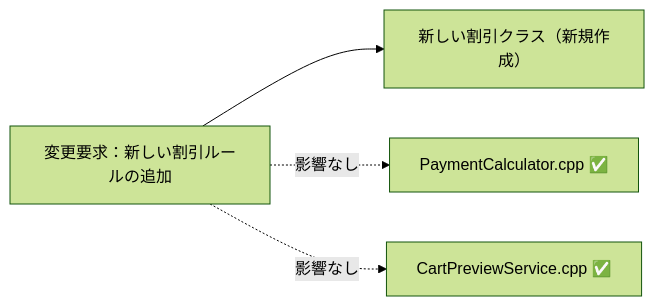
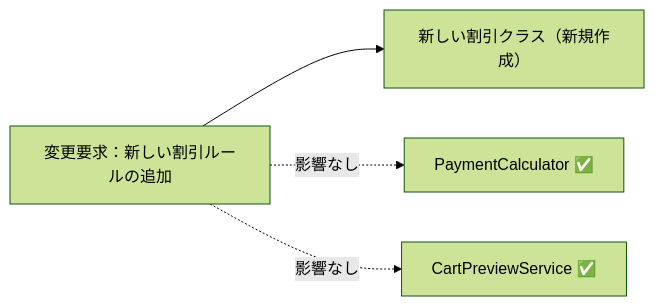
One commit to kumachan1101-pixel/DesignPattern changed the fourth of 5 diagrams in kindle/design-patterns/output/chapter01.md. Above: the diagram before and after it, drawn with Mermaid (forest theme). The commit also changed other lines of this file and 8 other files, not shown here.

````diff
--- a/kindle/design-patterns/output/chapter01.md
+++ b/kindle/design-patterns/output/chapter01.md
@@ -938,6 +936,6 @@
 ```mermaid
 graph LR
     T1["変更要求：新しい割引ルールの追加"] --> F1["新しい割引クラス（新規作成）"]
-    T1 -. "影響なし" .-> A["PaymentCalculator.cpp ✅"]
-    T1 -. "影響なし" .-> B["CartPreviewService.cpp ✅"]
+    T1 -. "影響なし" .-> A["PaymentCalculator ✅"]
+    T1 -. "影響なし" .-> B["CartPreviewService ✅"]
 ```
````
